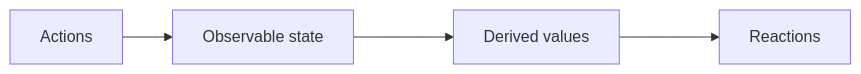
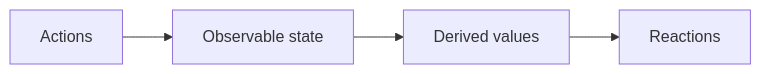
The second of 2 diagrams in _posts/2024-09-06-Mobx入门.md (Wh0ami-hy/Wh0ami-hy.github.io), drawn with Mermaid before and after one commit. The commit also changed other lines of this file and 2 other files, not shown here.

````diff
--- a/_posts/2024-09-06-Mobx入门.md
+++ b/_posts/2024-09-06-Mobx入门.md
@@ -93,7 +200,6 @@
 ```mermaid
 flowchart LR
-    A["Actions"] --> B["Go shopping"]
-    B["Observable state"]
-	B ---> n1["Derived values"]
-	n1 ---> n2["Reactions"]
+    A["Actions"] --> B["Observable state"]
+	B --> n1["Derived values"]
+	n1 --> n2["Reactions"]
 ```
````
